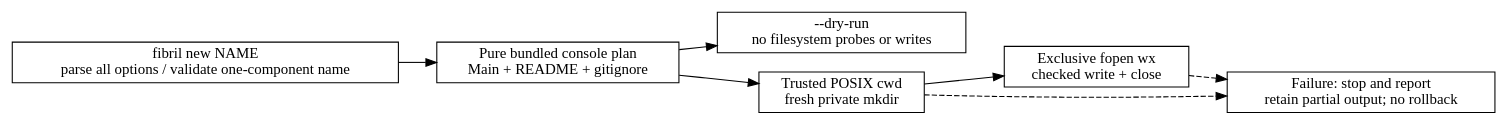
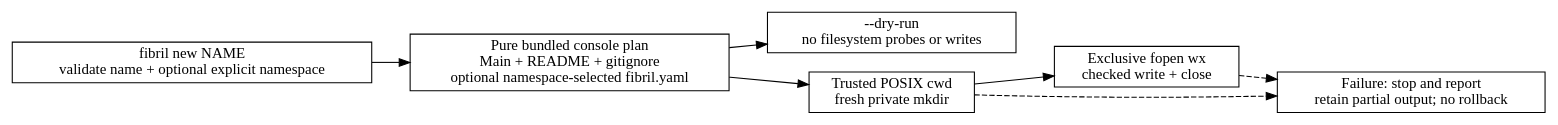
One commit to odunboye/fibril changed the diagram in docs/diagrams/project-creation.dot. Above: the diagram before and after it, drawn with Graphviz. The commit also changed 13 other files, not shown here.

Commit message:
Scaffold explicit local packages with namespace-selected manifests

```diff
--- a/docs/diagrams/project-creation.dot
+++ b/docs/diagrams/project-creation.dot
@@ -1,15 +1,15 @@
 digraph ProjectCreation {
   rankdir=LR;
   node [shape=box];
-  cli [label="fibril new NAME\nparse all options / validate one-component name"];
-  plan [label="Pure bundled console plan\nMain + README + gitignore"];
+  cli [label="fibril new NAME\nvalidate name + optional explicit namespace"];
+  plan [label="Pure bundled console plan\nMain + README + gitignore\noptional namespace-selected fibril.yaml"];
   preview [label="--dry-run\nno filesystem probes or writes"];
   admit [label="Trusted POSIX cwd\nfresh private mkdir"];
   files [label="Exclusive fopen wx\nchecked write + close"];
   error [label="Failure: stop and report\nretain partial output; no rollback"];
   cli -> plan;
   plan -> preview;
   plan -> admit -> files;
   admit -> error [style=dashed];
   files -> error [style=dashed];
 }
```
